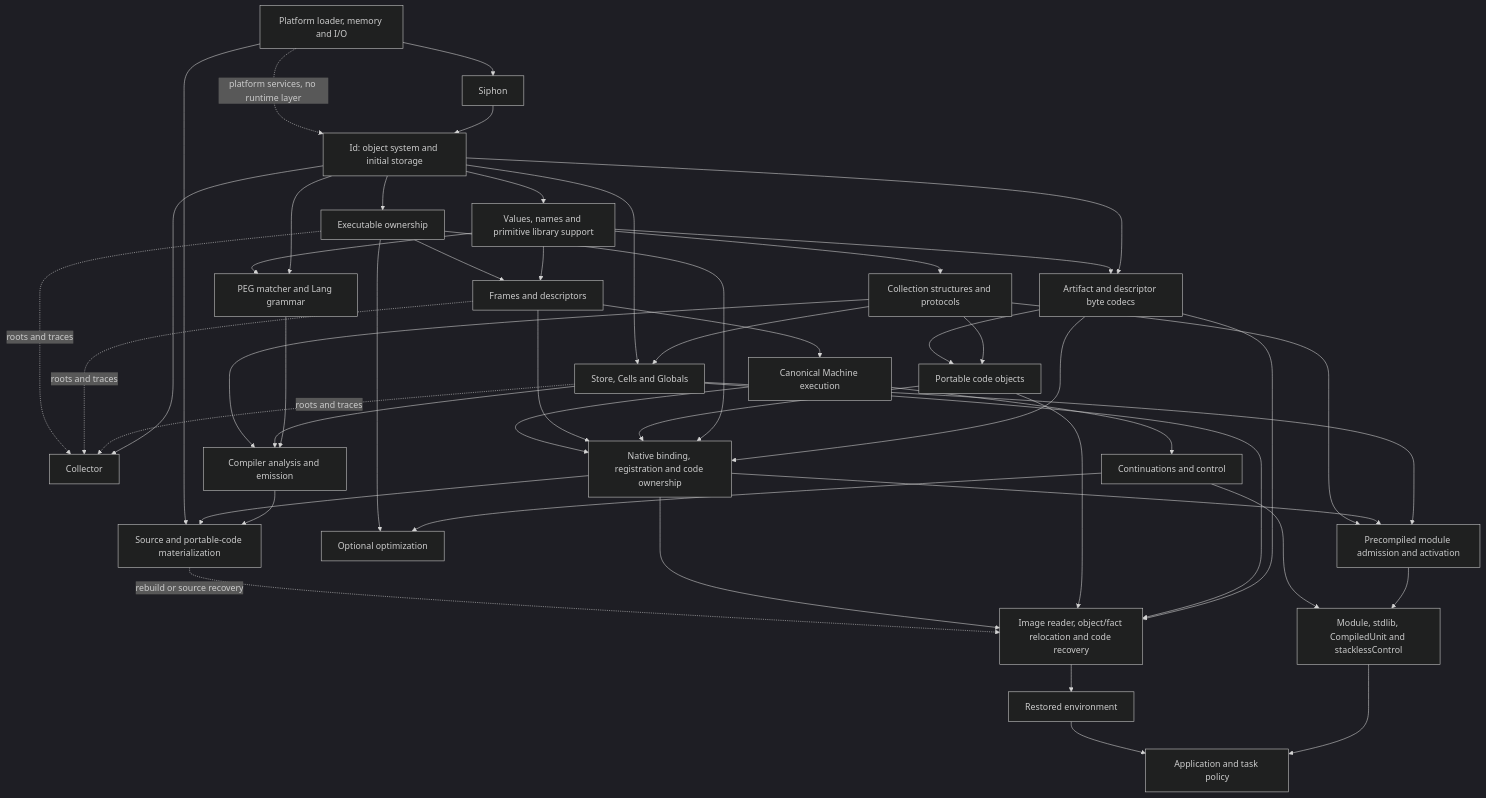
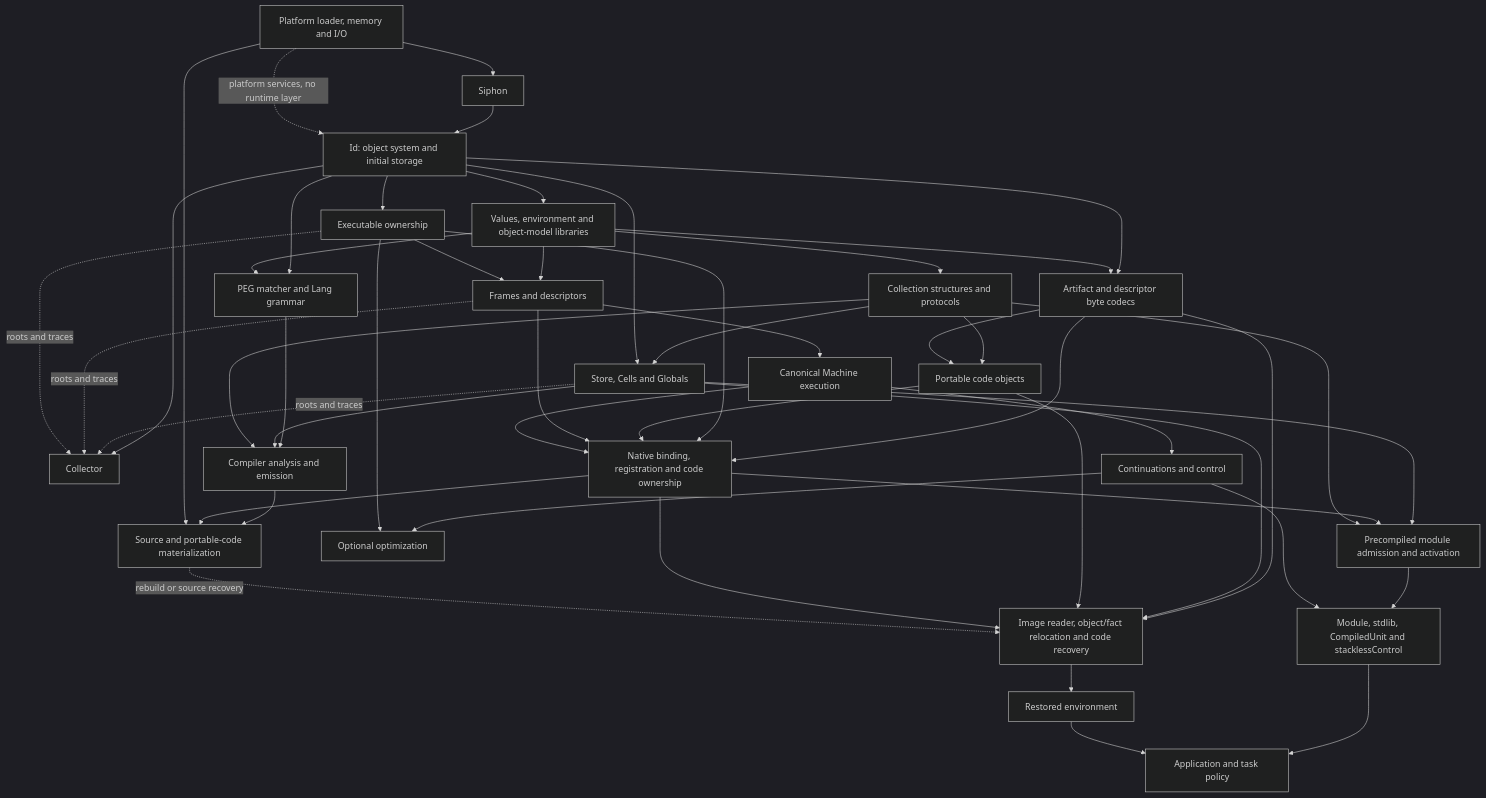
The diagram in docs/design/81b-siphon-handoff-and-construction-graph.md (chazu/birnam), drawn with Mermaid (dark theme) before and after one commit. The commit also changed other lines of this file and 5 other files, not shown here.

````diff
--- a/docs/design/81b-siphon-handoff-and-construction-graph.md
+++ b/docs/design/81b-siphon-handoff-and-construction-graph.md
@@ -224,51 +229,51 @@
 ```mermaid
 flowchart TD
     OS[Platform loader, memory and I/O] --> S[Siphon]
     S --> ID[Id: object system and initial storage]
     OS -. platform services, no runtime layer .-> ID
-    ID --> V[Values, names and primitive library support]
+    ID --> V[Values, environment and object-model libraries]
     ID --> GC[Collector]
     ID --> O[Executable ownership]
     ID --> A[Artifact and descriptor byte codecs]
     V --> A
     V --> C[Collection structures and protocols]
     C --> D[Store, Cells and Globals]
     ID --> D
     C --> P[Portable code objects]
     A --> P
     V --> F[Frames and descriptors]
     O --> F
     F --> X[Canonical Machine execution]
     X --> CTRL[Continuations and control]
     A --> M[Native binding, registration and code ownership]
     O --> M
     P --> M
     F --> M
     X --> M
     D --> L[Precompiled module admission and activation]
     M --> L
     C --> L
     L --> H[Module, stdlib, CompiledUnit and stacklessControl]
     CTRL --> H
     CTRL --> OPT[Optional optimization]
     O --> OPT
     ID --> PEG[PEG matcher and Lang grammar]
     V --> PEG
     PEG --> K[Compiler analysis and emission]
     D --> K
     C --> K
     K --> N[Source and portable-code materialization]
     M --> N
     OS --> N
     A --> I[Image reader, object/fact relocation and code recovery]
     D --> I
     P --> I
     M --> I
     N -. rebuild or source recovery .-> I
     I --> R[Restored environment]
     H --> RUN[Application and task policy]
     R --> RUN
     D -. roots and traces .-> GC
     F -. roots and traces .-> GC
     O -. roots and traces .-> GC
 ```
````
